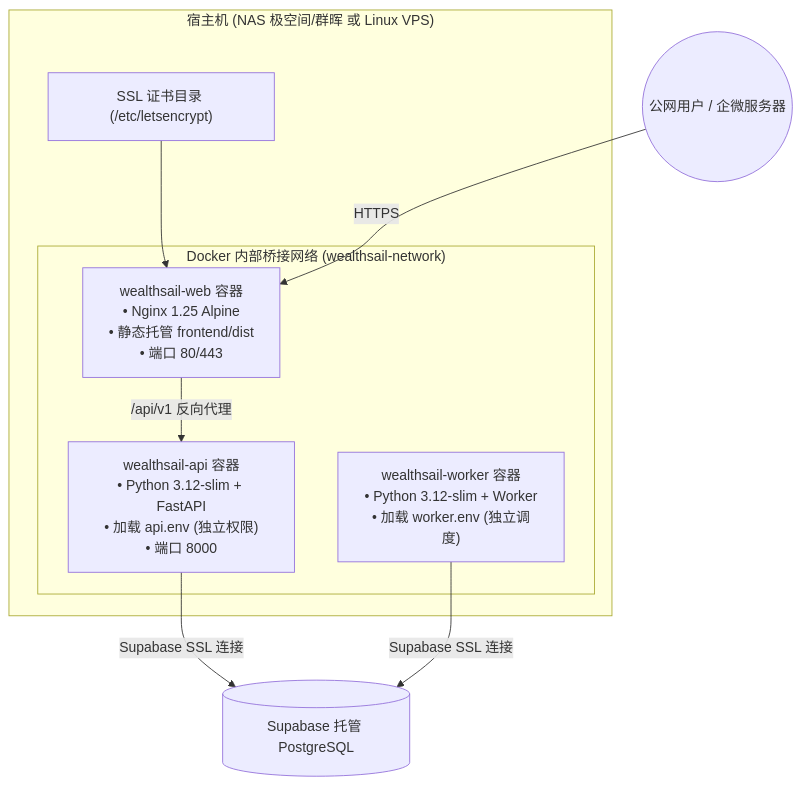
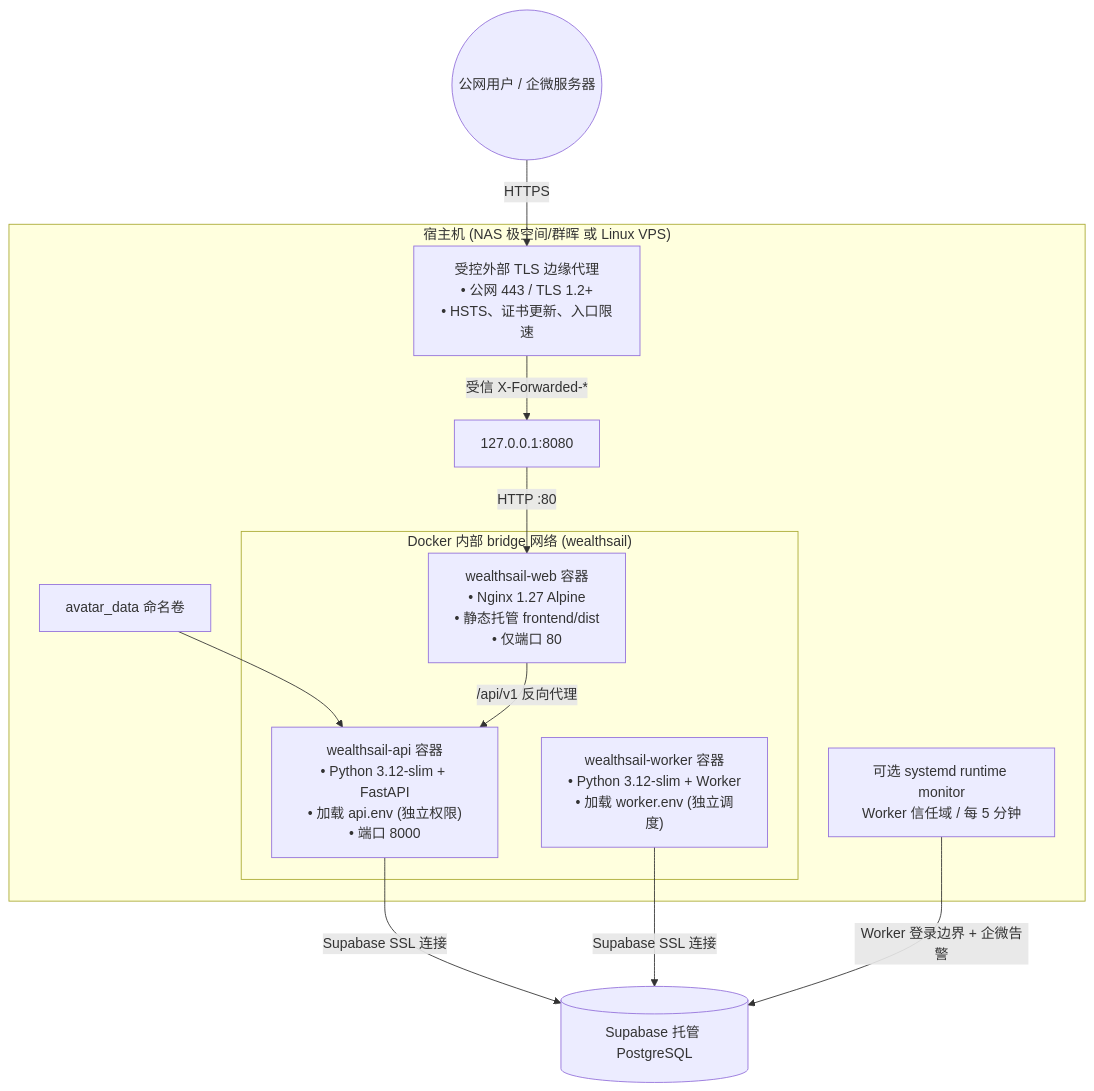
Before and after one commit to sinojelly/wealthsail: the seventh of 7 diagrams in docs/10.WealthSail-MVP前后端实现与系统部署规范.md, drawn with Mermaid. The commit also changed other lines of this file and 46 other files, not shown here.

````diff
--- a/docs/10.WealthSail-MVP前后端实现与系统部署规范.md
+++ b/docs/10.WealthSail-MVP前后端实现与系统部署规范.md
@@ -520,16 +603,22 @@
 ```mermaid
 flowchart TB
     subgraph Host["宿主机 (NAS 极空间/群晖 或 Linux VPS)"]
-        subgraph DockerNet["Docker 内部桥接网络 (wealthsail-network)"]
-            WebContainer["wealthsail-web 容器<br/>• Nginx 1.25 Alpine<br/>• 静态托管 frontend/dist<br/>• 端口 80/443"]
+        Edge["受控外部 TLS 边缘代理<br/>• 公网 443 / TLS 1.2+<br/>• HSTS、证书更新、入口限速"]
+        Loopback["127.0.0.1:8080"]
+        Monitor["可选 systemd runtime monitor<br/>Worker 信任域 / 每 5 分钟"]
+        subgraph DockerNet["Docker 内部 bridge 网络 (wealthsail)"]
+            WebContainer["wealthsail-web 容器<br/>• Nginx 1.27 Alpine<br/>• 静态托管 frontend/dist<br/>• 仅端口 80"]
             APIContainer["wealthsail-api 容器<br/>• Python 3.12-slim + FastAPI<br/>• 加载 api.env (独立权限)<br/>• 端口 8000"]
             WorkerContainer["wealthsail-worker 容器<br/>• Python 3.12-slim + Worker<br/>• 加载 worker.env (独立调度)"]
         end
-        SSLVol["SSL 证书目录 (/etc/letsencrypt)"] --> WebContainer
+        AvatarVol["avatar_data 命名卷"] --> APIContainer
     end
 
-    Internet(("公网用户 / 企微服务器")) -->|HTTPS| WebContainer
+    Internet(("公网用户 / 企微服务器")) -->|HTTPS| Edge
+    Edge -->|受信 X-Forwarded-*| Loopback
+    Loopback -->|HTTP :80| WebContainer
     WebContainer -->|/api/v1 反向代理| APIContainer
     APIContainer -->|Supabase SSL 连接| SupabaseCloud[("Supabase 托管 PostgreSQL")]
     WorkerContainer -->|Supabase SSL 连接| SupabaseCloud
+    Monitor -->|Worker 登录边界 + 企微告警| SupabaseCloud
 ```
````
